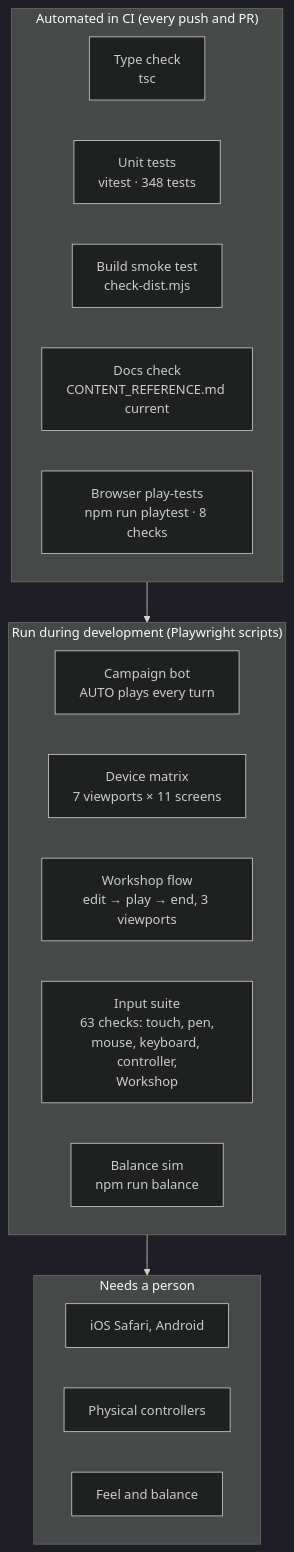
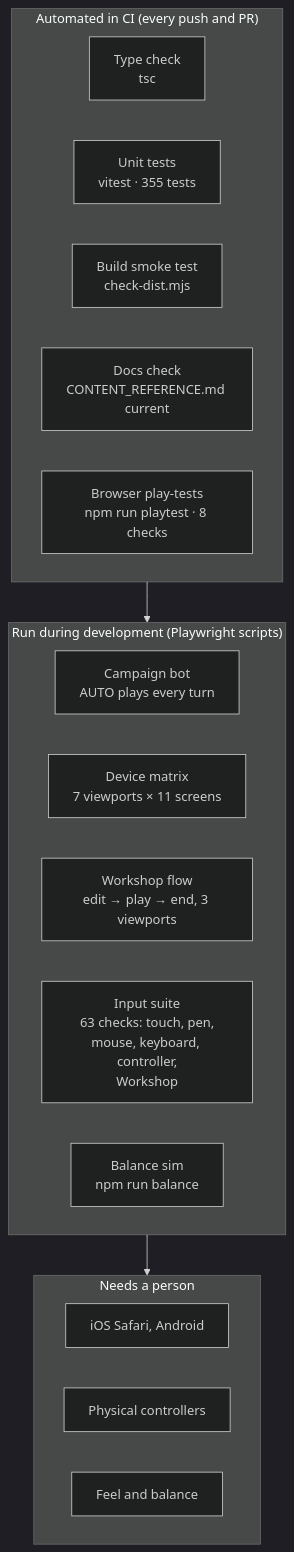
One commit to CptNope/Chess-RPG-Tactics changed the diagram in docs/TESTING.md. Above: the diagram before and after it, drawn with Mermaid (dark theme). The commit also changed other lines of this file and 30 other files, not shown here.

````diff
--- a/docs/TESTING.md
+++ b/docs/TESTING.md
@@ -9,23 +9,23 @@
 ```mermaid
 flowchart TB
     subgraph Auto["Automated in CI (every push and PR)"]
         T1["Type check<br/>tsc"]
-        T2["Unit tests<br/>vitest · 348 tests"]
+        T2["Unit tests<br/>vitest · 355 tests"]
         T3["Build smoke test<br/>check-dist.mjs"]
         T4["Docs check<br/>CONTENT_REFERENCE.md current"]
         T5["Browser play-tests<br/>npm run playtest · 8 checks"]
     end
     subgraph Dev["Run during development (Playwright scripts)"]
         P1["Campaign bot<br/>AUTO plays every turn"]
         P2["Device matrix<br/>7 viewports × 11 screens"]
         P4["Workshop flow<br/>edit → play → end, 3 viewports"]
         P3["Input suite<br/>63 checks: touch, pen,<br/>mouse, keyboard, controller,<br/>Workshop"]
         P5["Balance sim<br/>npm run balance"]
     end
     subgraph Human["Needs a person"]
         H1["iOS Safari, Android"]
         H2["Physical controllers"]
         H3["Feel and balance"]
     end
     Auto --> Dev --> Human
 ```
````
